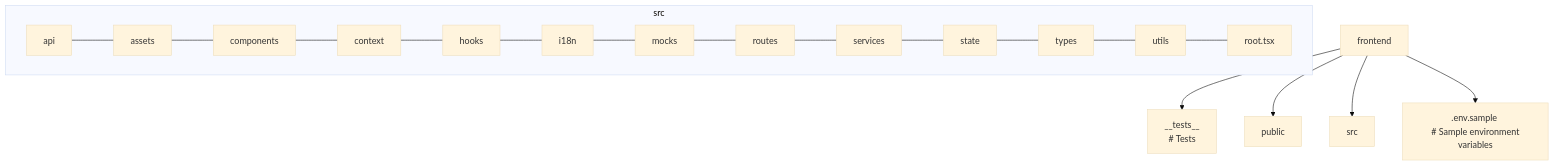
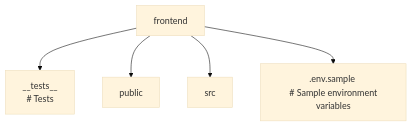
Before and after one commit to All-Hands-AI/OpenHands: the diagram in frontend/README.md, drawn with Mermaid (base theme).

````diff
--- a/frontend/README.md
+++ b/frontend/README.md
@@ -102,13 +102,7 @@
 ```mermaid
 graph TD
   A[frontend] --> B[__tests__ <br> # Tests]
   A --> C[public]
   A --> D[src]
-
-  subgraph src
-    E[api] --- F[assets] --- G[components] --- H[context] --- I[hooks] --- J[i18n] --- K[mocks] --- L[routes] --- M[services] --- N[state] --- O[types] --- P[utils] --- Q[root.tsx]
-  end
-  
   A --> R[.env.sample <br> # Sample environment variables]
-
 ```
````
